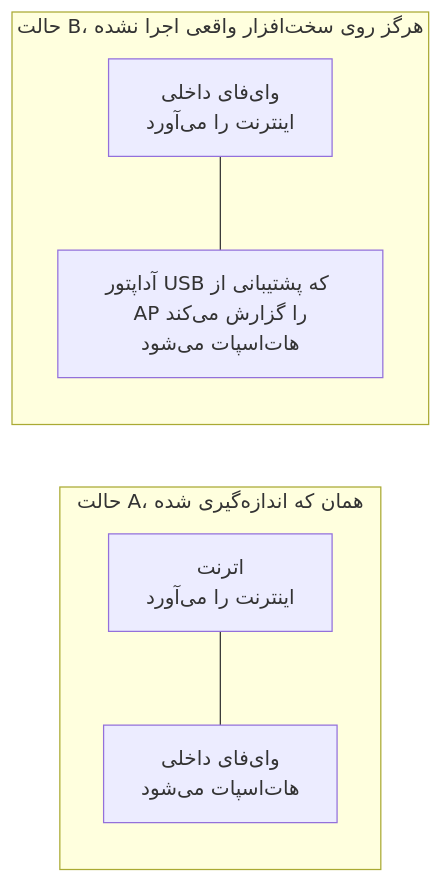
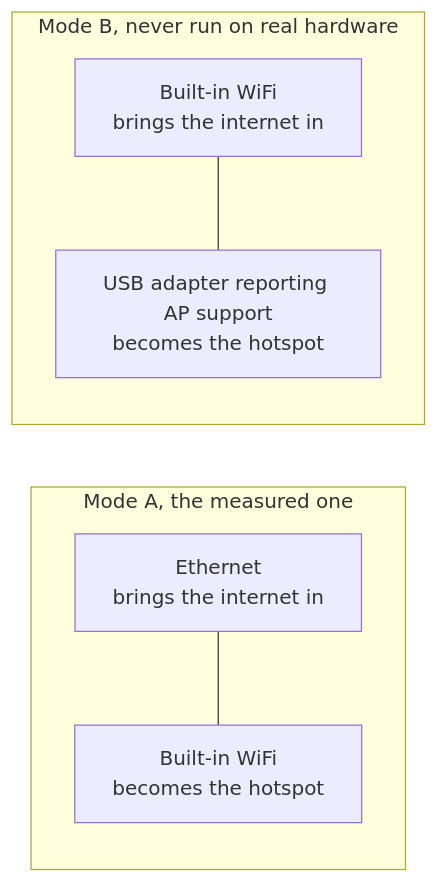
The diagram in docs/wiki/Getting-Started.fa.md (Iman/caspian), drawn with Mermaid before and after one commit. The commit also changed other lines of this file and 149 other files, not shown here.

````diff
--- a/docs/wiki/Getting-Started.fa.md
+++ b/docs/wiki/Getting-Started.fa.md
@@ -60,9 +64,9 @@
 ```mermaid
 flowchart LR
-    subgraph modea["حالت A، همان که اندازه‌گیری شده"]
-        A1["اترنت<br/>اینترنت را می‌آورد"] --- A2["وای‌فای داخلی<br/>هات‌اسپات می‌شود"]
+    subgraph modea["Mode A, the measured one"]
+        A1["Ethernet<br/>brings the internet in"] --- A2["Built-in WiFi<br/>becomes the hotspot"]
     end
-    subgraph modeb["حالت B، هرگز روی سخت‌افزار واقعی اجرا نشده"]
-        B1["وای‌فای داخلی<br/>اینترنت را می‌آورد"] --- B2["آداپتور USB که پشتیبانی از AP را گزارش می‌کند<br/>هات‌اسپات می‌شود"]
+    subgraph modeb["Mode B, never run on real hardware"]
+        B1["Built-in WiFi<br/>brings the internet in"] --- B2["USB adapter reporting AP support<br/>becomes the hotspot"]
     end
 ```
````
